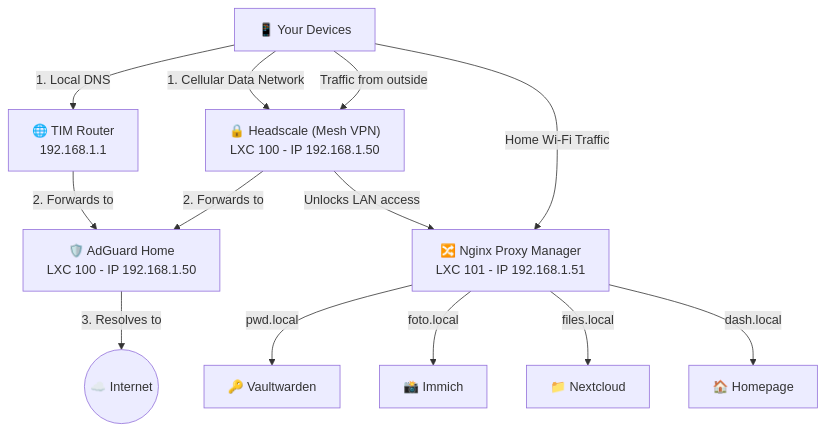
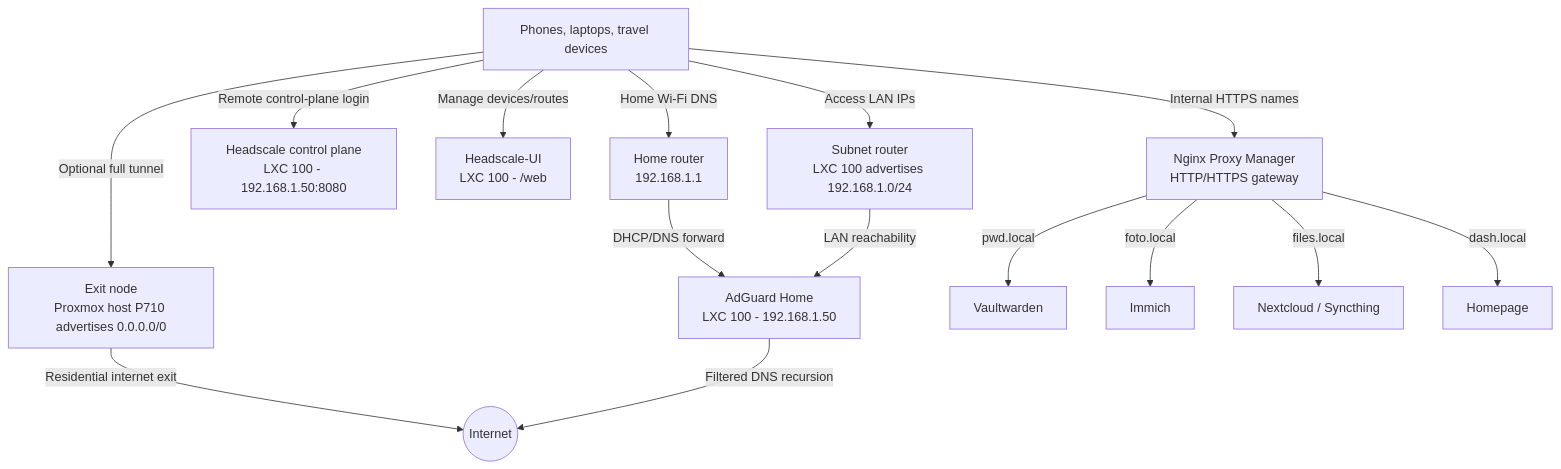
Before and after one commit to Mohamed-DN/Sovereign-Homelab: the first of 2 diagrams in docs/infrastructure_plan_and_map.md, drawn with Mermaid. The commit also changed other lines of this file and 4 other files, not shown here.

Commit message:
docs: add proxmox tailscale exit node runbook

````diff
--- a/docs/infrastructure_plan_and_map.md
+++ b/docs/infrastructure_plan_and_map.md
@@ -12,32 +13,29 @@
 ```mermaid
 graph TD
-    %% External Nodes
-    User["📱 Your Devices"]
-    Router["🌐 TIM Router<br>192.168.1.1"]
-    Internet(("☁️ Internet"))
+    User["Phones, laptops, travel devices"]
+    Router["Home router<br>192.168.1.1"]
+    Internet(("Internet"))
 
-    %% LXC 100
-    DNS["🛡️ AdGuard Home<br>LXC 100 - IP 192.168.1.50"]
-    VPN["🔒 Headscale (Mesh VPN)<br>LXC 100 - IP 192.168.1.50"]
-    
-    %% LXC 101
-    Proxy["🔀 Nginx Proxy Manager<br>LXC 101 - IP 192.168.1.51"]
+    DNS["AdGuard Home<br>LXC 100 - 192.168.1.50"]
+    Headscale["Headscale control plane<br>LXC 100 - 192.168.1.50:8080"]
+    UI["Headscale-UI<br>LXC 100 - /web"]
+    Subnet["Subnet router<br>LXC 100 advertises 192.168.1.0/24"]
+    Exit["Exit node<br>Proxmox host P710 advertises 0.0.0.0/0"]
+    Proxy["Nginx Proxy Manager<br>HTTP/HTTPS gateway"]
 
-    %% DNS Flow
-    User -->|1. Local DNS| Router
-    User -->|1. Cellular Data Network| VPN
-    Router -->|2. Forwards to| DNS
-    VPN -->|2. Forwards to| DNS
-    DNS -->|3. Resolves to| Internet
+    User -->|Home Wi-Fi DNS| Router
+    Router -->|DHCP/DNS forward| DNS
+    User -->|Remote control-plane login| Headscale
+    User -->|Manage devices/routes| UI
+    User -->|Access LAN IPs| Subnet
+    User -->|Optional full tunnel| Exit
+    Subnet -->|LAN reachability| DNS
+    Exit -->|Residential internet exit| Internet
+    DNS -->|Filtered DNS recursion| Internet
+    User -->|Internal HTTPS names| Proxy
 
-    %% Data Flow
-    User -->|Traffic from outside| VPN
-    VPN -->|Unlocks LAN access| Proxy
-    User -->|Home Wi-Fi Traffic| Proxy
-
-    %% Services in LXC 101
-    Proxy -->|pwd.local| V["🔑 Vaultwarden"]
-    Proxy -->|foto.local| I["📸 Immich"]
-    Proxy -->|files.local| N["📁 Nextcloud"]
-    Proxy -->|dash.local| H["🏠 Homepage"]
+    Proxy -->|pwd.local| Vault["Vaultwarden"]
+    Proxy -->|foto.local| Immich["Immich"]
+    Proxy -->|files.local| Files["Nextcloud / Syncthing"]
+    Proxy -->|dash.local| Dash["Homepage"]
 ```
````
